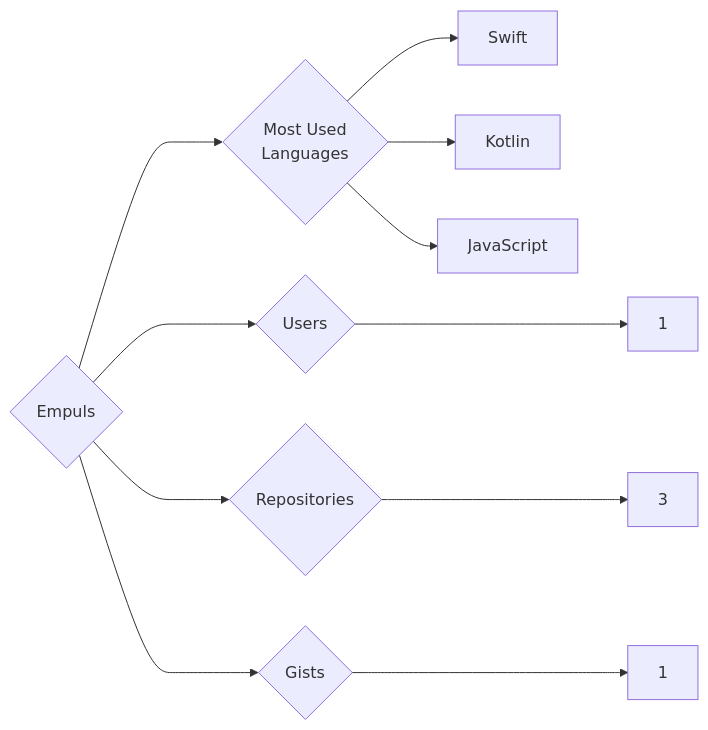
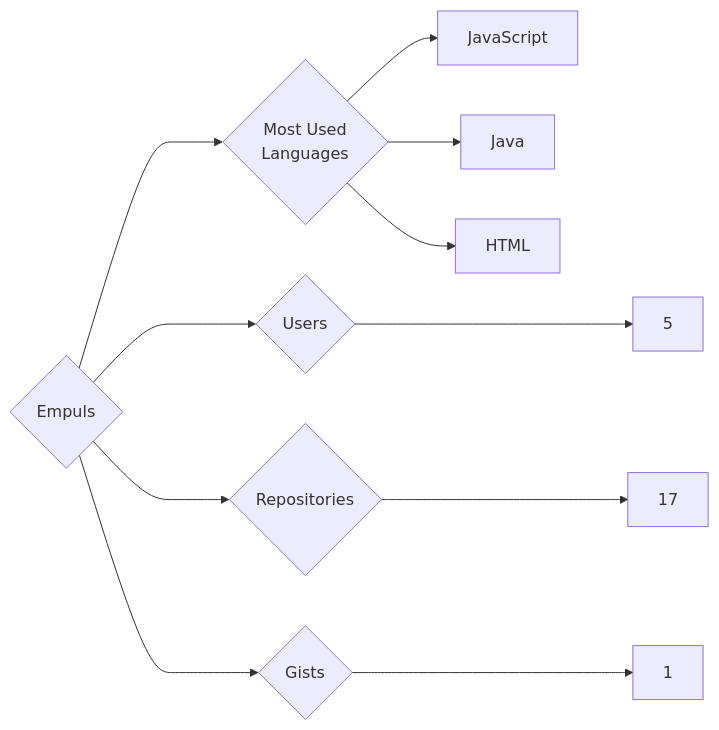
One commit to trickest/insiders changed the diagram in targets/Empuls/README.md. Above: the diagram before and after it, drawn with Mermaid. The commit also changed 1314 other files, not shown here.

````diff
--- a/targets/Empuls/README.md
+++ b/targets/Empuls/README.md
@@ -3,11 +3,11 @@
 ```mermaid
 graph LR
 COMPANY_NAME{Empuls}
-COMPANY_NAME ---> U{Users} ---> UN[1]
-COMPANY_NAME ---> R{Repositories} ---> RN[3]
+COMPANY_NAME ---> U{Users} ---> UN[5]
+COMPANY_NAME ---> R{Repositories} ---> RN[17]
 COMPANY_NAME ---> G{Gists} ---> GN[1]
 COMPANY_NAME ---> ML{Most Used<br>Languages}
-ML --> Swift[Swift]
-ML --> Kotlin[Kotlin]
 ML --> JavaScript[JavaScript]
+ML --> Java[Java]
+ML --> HTML[HTML]
 ```
````
